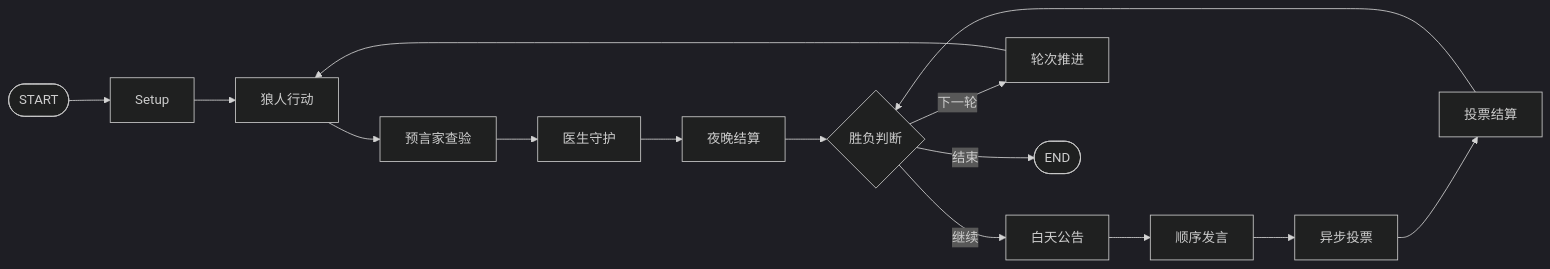
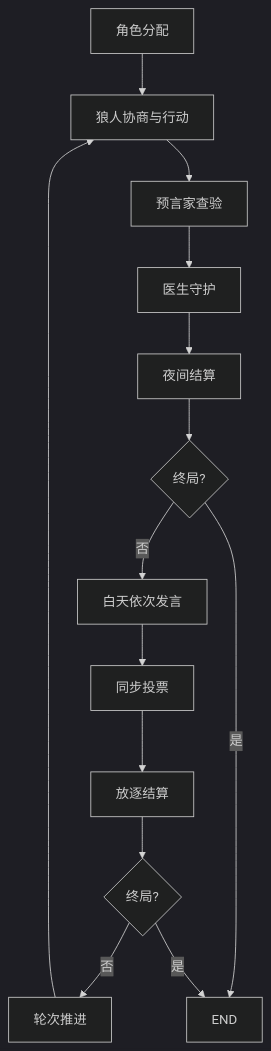
One commit to seihn2/werewolf changed the third of 5 diagrams in README.md. Above: the diagram before and after it, drawn with Mermaid (dark theme). The commit also changed other lines of this file and 76 other files, not shown here.

````diff
--- a/README.md
+++ b/README.md
@@ -28,17 +290,16 @@
 ```mermaid
-flowchart LR
-    S([START]) --> Setup
-    Setup --> Wolf[狼人行动]
-    Wolf --> Seer[预言家查验]
-    Seer --> Doctor[医生守护]
-    Doctor --> Night[夜晚结算]
-    Night --> Check{胜负判断}
-    Check -->|继续| Announce[白天公告]
-    Announce --> Discuss[顺序发言]
-    Discuss --> Vote[异步投票]
-    Vote --> Resolve[投票结算]
-    Resolve --> Check
-    Check -->|下一轮| Advance[轮次推进]
-    Advance --> Wolf
-    Check -->|结束| E([END])
+flowchart TD
+    Setup["角色分配"] --> Werewolf["狼人协商与行动"]
+    Werewolf --> Seer["预言家查验"]
+    Seer --> Doctor["医生守护"]
+    Doctor --> ResolveNight["夜间结算"]
+    ResolveNight --> CheckNight{"终局?"}
+    CheckNight -->|否| Discussion["白天依次发言"]
+    Discussion --> Vote["同步投票"]
+    Vote --> ResolveVote["放逐结算"]
+    ResolveVote --> CheckDay{"终局?"}
+    CheckDay -->|否| Advance["轮次推进"]
+    Advance --> Werewolf
+    CheckNight -->|是| End["END"]
+    CheckDay -->|是| End
 ```
````
